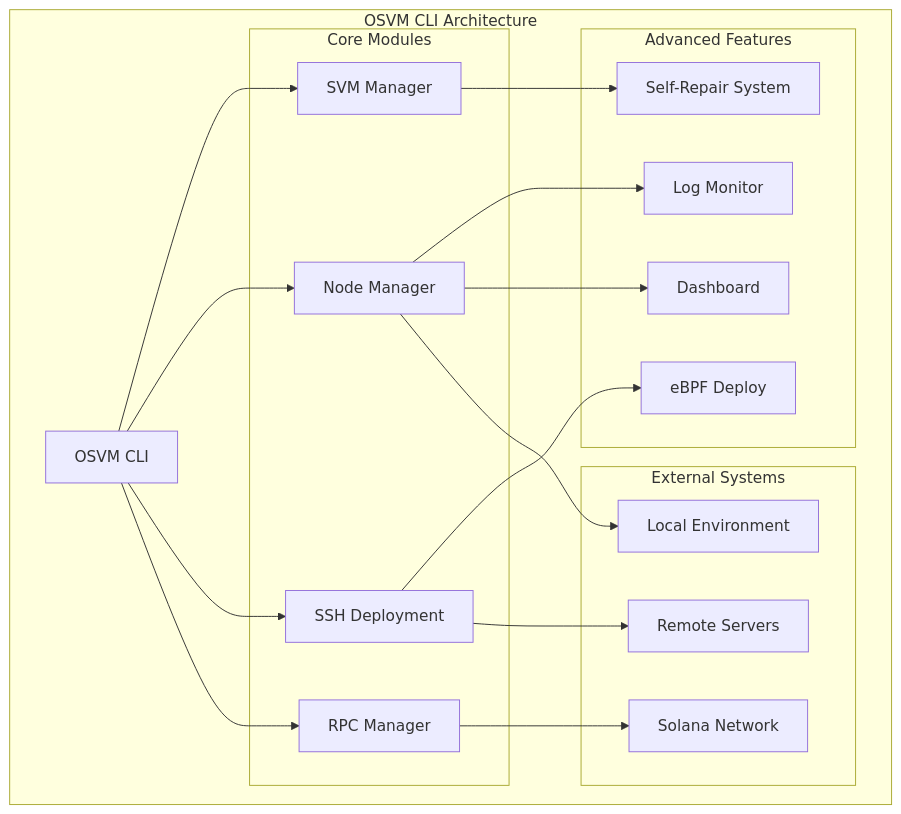
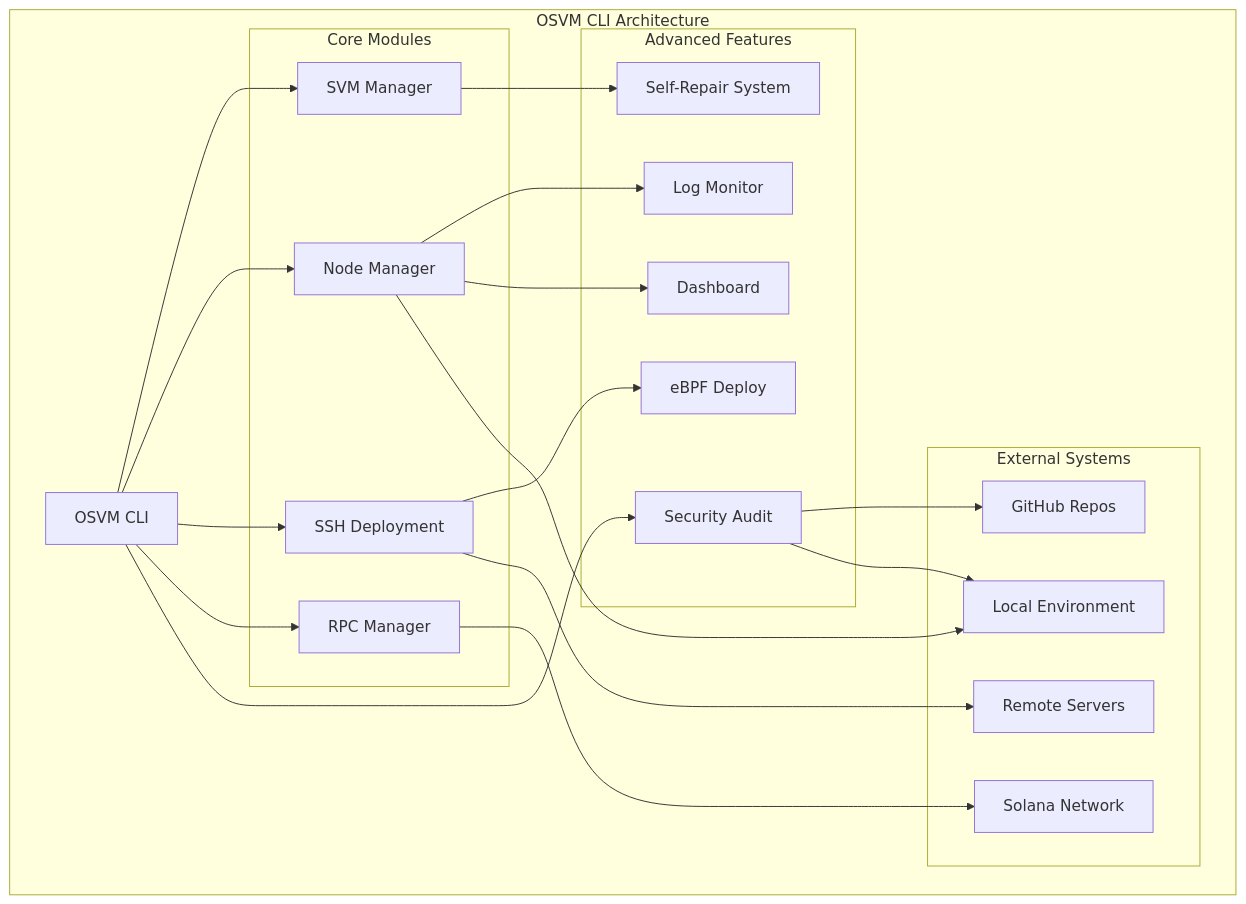
One commit to openSVM/osvm-cli changed the diagram in docs/README.md. Above: the diagram before and after it, drawn with Mermaid. The commit also changed other lines of this file and 1 other file, not shown here.

Commit message:
Add comprehensive security audit documentation

````diff
--- a/docs/README.md
+++ b/docs/README.md
@@ -36,42 +38,47 @@
 ```mermaid
 flowchart TD
     subgraph "OSVM CLI Architecture"
         CLI[OSVM CLI]
         
         subgraph "Core Modules"
             SVM[SVM Manager]
             NODE[Node Manager]
             SSH[SSH Deployment]
             RPC[RPC Manager]
         end
         
         subgraph "Advanced Features"
+            AUDIT[Security Audit]
             REPAIR[Self-Repair System]
             MONITOR[Log Monitor]
             DASH[Dashboard]
             DEPLOY[eBPF Deploy]
         end
         
         subgraph "External Systems"
             SOLANA[Solana Network]
             REMOTE[Remote Servers]
             LOCAL[Local Environment]
+            GITHUB[GitHub Repos]
         end
     end
     
     CLI --> SVM
     CLI --> NODE
     CLI --> SSH
     CLI --> RPC
     
     SVM --> REPAIR
     NODE --> MONITOR
     NODE --> DASH
     SSH --> DEPLOY
+    CLI --> AUDIT
     
     SSH --> REMOTE
     NODE --> LOCAL
     RPC --> SOLANA
+    AUDIT --> GITHUB
+    AUDIT --> LOCAL
     
     classDef techDebt fill:#f6f6f6,stroke:#d9534f,color:#d9534f,font-family:Consolas,monospace,font-weight:bold
 ```
````
